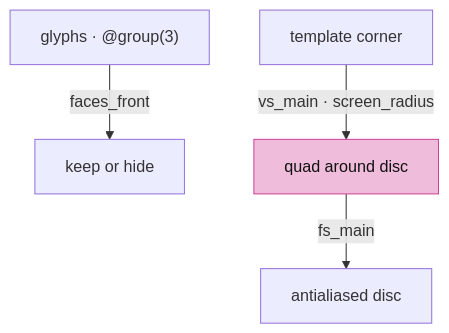
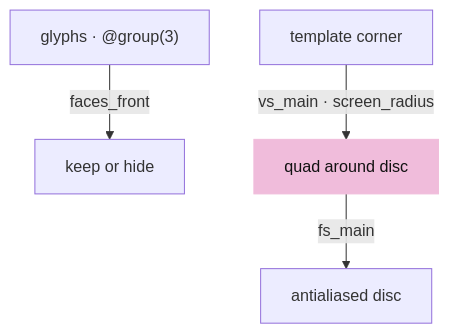
The fourth of 6 diagrams in session_viewer/docs/04c-markers.md (petrasvestartas/session), drawn with Mermaid before and after one commit. The commit also changed other lines of this file and 324 other files, not shown here.

````diff
--- a/session_viewer/docs/04c-markers.md
+++ b/session_viewer/docs/04c-markers.md
@@ -91,7 +105,7 @@
 ```mermaid
 flowchart TB
     G["glyphs · @group(3)"] -- "faces_front" --> K["keep or hide"]
     T["template corner"] -- "vs_main · screen_radius" --> Q["quad around disc"]
     Q -- "fs_main" --> D["antialiased disc"]
-    style Q fill:#f0bcdb,stroke:#ce4095,color:#111
+    style Q fill:#f0bcdb,stroke:#f0bcdb,color:#111
 ```
````
